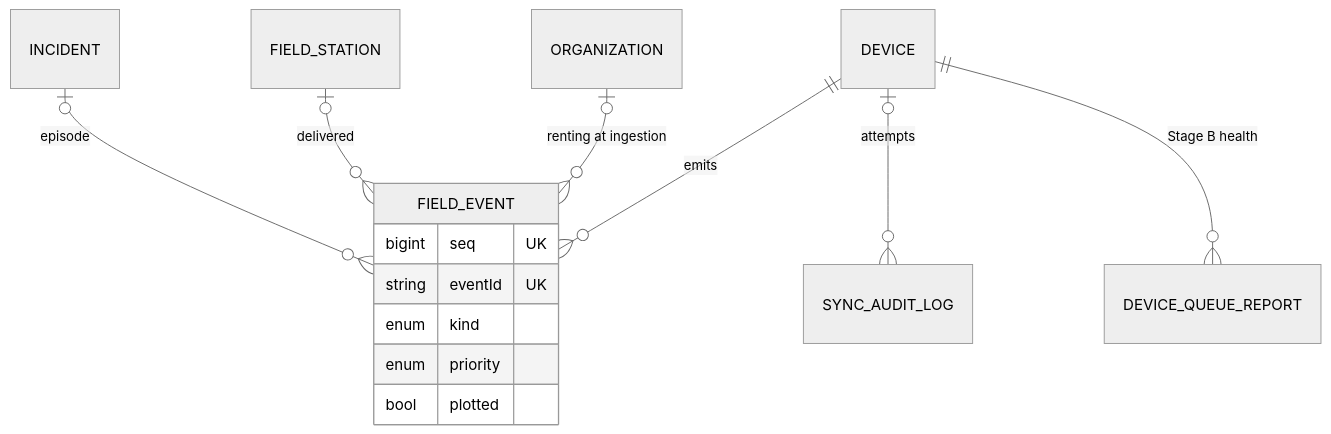
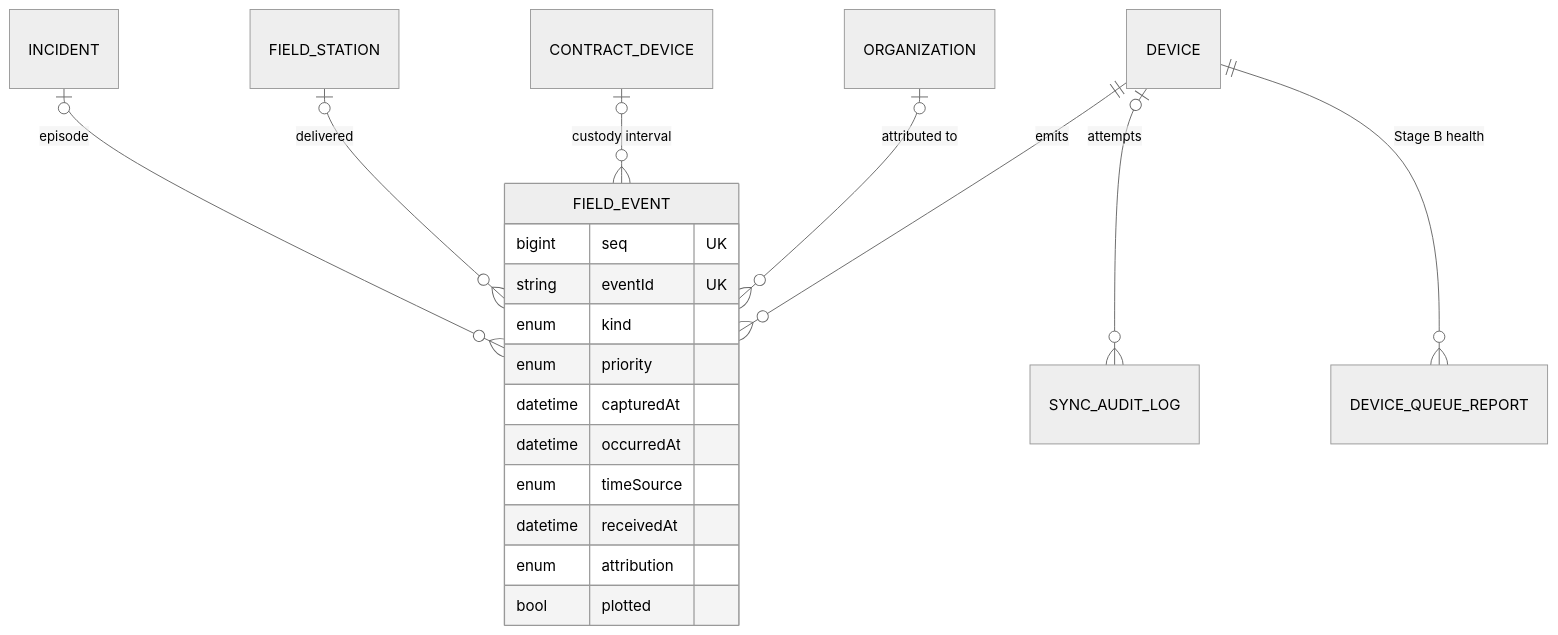
One commit to TrekLink-Team/treklink-web changed the first of 3 diagrams in specs/gateway-sync/design.md. Above: the diagram before and after it, drawn with Mermaid (neutral theme). The commit also changed other lines of this file and 12 other files, not shown here.

Commit message:
docs: attribute field events to the custody interval of their occurrence time

````diff
--- a/specs/gateway-sync/design.md
+++ b/specs/gateway-sync/design.md
@@ -11,16 +11,22 @@
 ```mermaid
 erDiagram
     DEVICE ||--o{ FIELD_EVENT : "emits"
-    ORGANIZATION |o--o{ FIELD_EVENT : "renting at ingestion"
+    ORGANIZATION |o--o{ FIELD_EVENT : "attributed to"
+    CONTRACT_DEVICE |o--o{ FIELD_EVENT : "custody interval"
     FIELD_STATION |o--o{ FIELD_EVENT : "delivered"
     INCIDENT |o--o{ FIELD_EVENT : "episode"
     DEVICE |o--o{ SYNC_AUDIT_LOG : "attempts"
     DEVICE ||--o{ DEVICE_QUEUE_REPORT : "Stage B health"
     FIELD_EVENT {
         bigint seq UK
         string eventId UK
         enum kind
         enum priority
+        datetime capturedAt
+        datetime occurredAt
+        enum timeSource
+        datetime receivedAt
+        enum attribution
         bool plotted
     }
 ```
````
